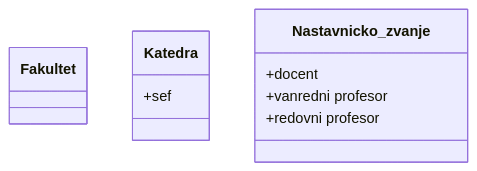
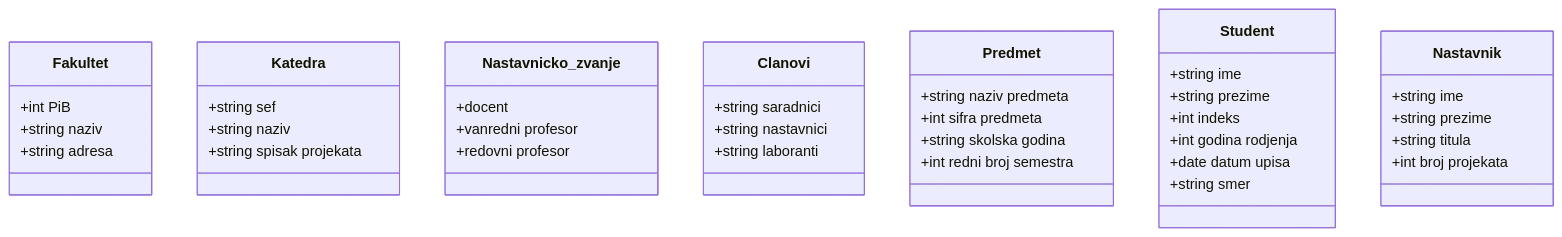
Before and after one commit to lazarevicOgnjen/II-godina: the diagram in oopj/UML/januar 2025/resenje.md, drawn with Mermaid.

````diff
--- a/oopj/UML/januar 2025/resenje.md
+++ b/oopj/UML/januar 2025/resenje.md
@@ -1,18 +1,52 @@
 ```mermaid
 
 classDiagram
 
 class Fakultet {
-
++int PiB
++string naziv
++string adresa
 }
 
 class Katedra{
-+sef
++string sef
++string naziv
++string spisak projekata
 }
 
 class Nastavnicko_zvanje{
 +docent
 +vanredni profesor
 +redovni profesor
 }
+
+class Clanovi{
++string saradnici
++string nastavnici
++string laboranti
+}
+
+class Predmet{
++string naziv predmeta
++int sifra predmeta
++string skolska godina
++int redni broj semestra
+}
+
+class Student{
++string ime
++string prezime
++int indeks
++int godina rodjenja
++date datum upisa
++string smer
+}
+
+class Nastavnik{
++string ime
++string prezime
++string titula
++int broj projekata
+}
+
 ```
````
